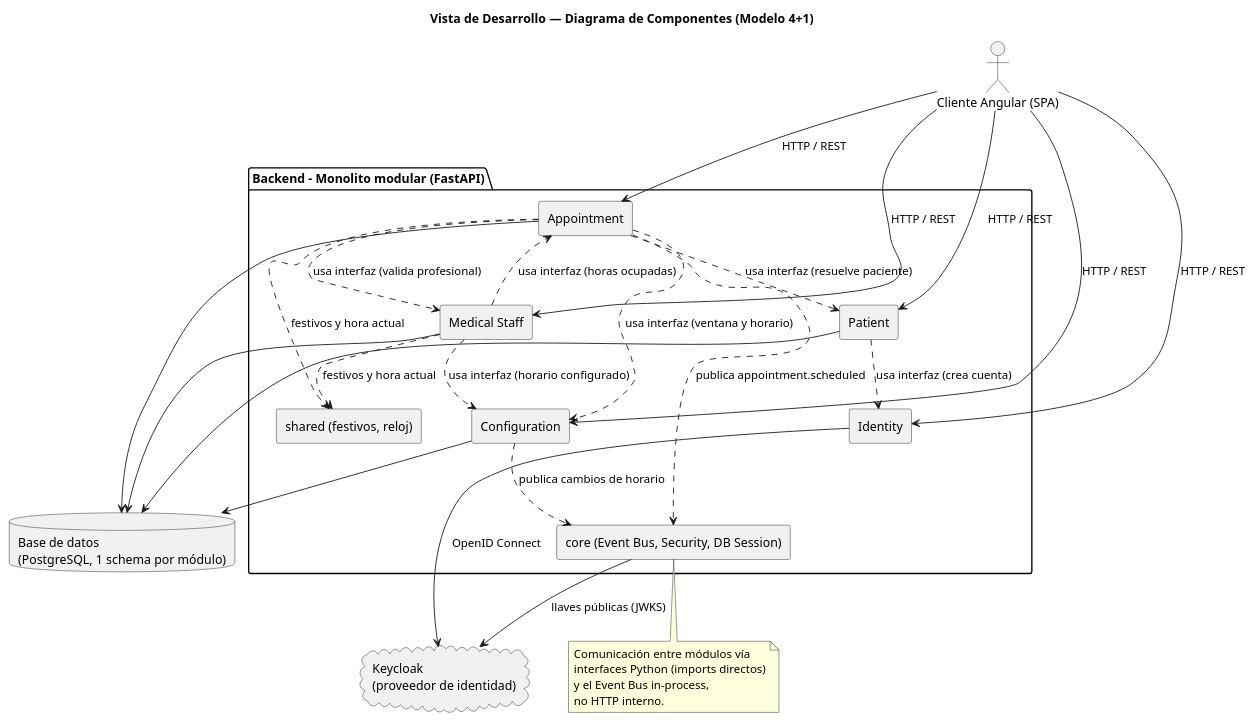
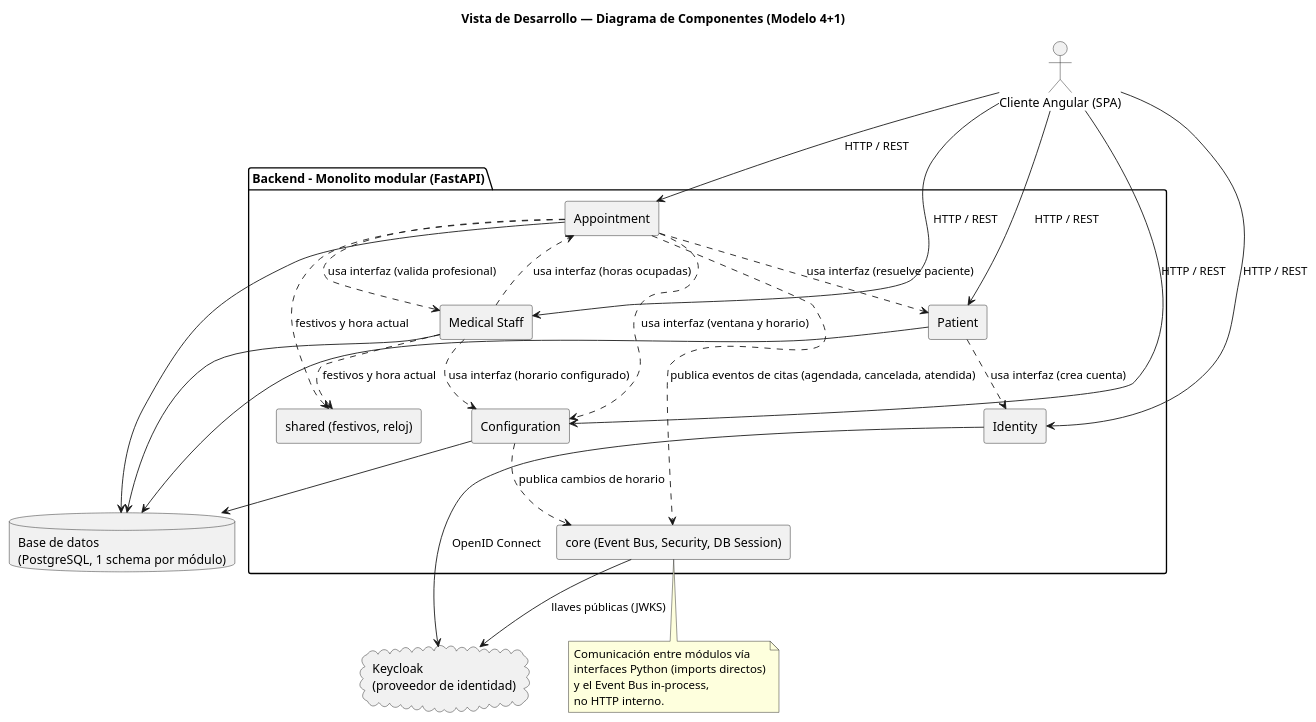
The diagram in docs/architecture/actividad4-vista-desarrollo.puml (SantiagoGutierrez11/piedrazul-monolitic), drawn with PlantUML before and after one commit. The commit also changed 8 other files, not shown here.

Commit message:
Align context, scenario and deployment diagrams with the implemented flows

```diff
--- a/docs/architecture/actividad4-vista-desarrollo.puml
+++ b/docs/architecture/actividad4-vista-desarrollo.puml
@@ -1,53 +1,53 @@
 @startuml ComponentesPiedrazul
 title Vista de Desarrollo — Diagrama de Componentes (Modelo 4+1)
 skinparam componentStyle rectangle
 
 actor "Cliente Angular (SPA)" as Cliente
 
 package "Backend - Monolito modular (FastAPI)" {
   [Appointment] as Appointment
   [Medical Staff] as MedicalStaff
   [Configuration] as Configuration
   [Patient] as Patient
   [Identity] as Identity
   [core (Event Bus, Security, DB Session)] as Core
   [shared (festivos, reloj)] as Shared
 }
 
 cloud "Keycloak\n(proveedor de identidad)" as Keycloak
 
 database "Base de datos\n(PostgreSQL, 1 schema por módulo)" as BD
 
 Cliente --> Appointment : HTTP / REST
 Cliente --> Patient : HTTP / REST
 Cliente --> Identity : HTTP / REST
 Cliente --> Configuration : HTTP / REST
 Cliente --> MedicalStaff : HTTP / REST
 
 Appointment ..> MedicalStaff : usa interfaz (valida profesional)
 Appointment ..> Patient : usa interfaz (resuelve paciente)
 Appointment ..> Configuration : usa interfaz (ventana y horario)
 MedicalStaff ..> Configuration : usa interfaz (horario configurado)
 MedicalStaff ..> Appointment : usa interfaz (horas ocupadas)
 Patient ..> Identity : usa interfaz (crea cuenta)
 Appointment ..> Shared : festivos y hora actual
 MedicalStaff ..> Shared : festivos y hora actual
 
-Appointment ..> Core : publica appointment.scheduled
+Appointment ..> Core : publica eventos de citas (agendada, cancelada, atendida)
 Configuration ..> Core : publica cambios de horario
 Identity --> Keycloak : OpenID Connect
 Core --> Keycloak : llaves públicas (JWKS)
 
 Appointment --> BD
 MedicalStaff --> BD
 Configuration --> BD
 Patient --> BD
 
 note bottom of Core
   Comunicación entre módulos vía
   interfaces Python (imports directos)
   y el Event Bus in-process,
   no HTTP interno.
 end note
 
 @enduml
```
